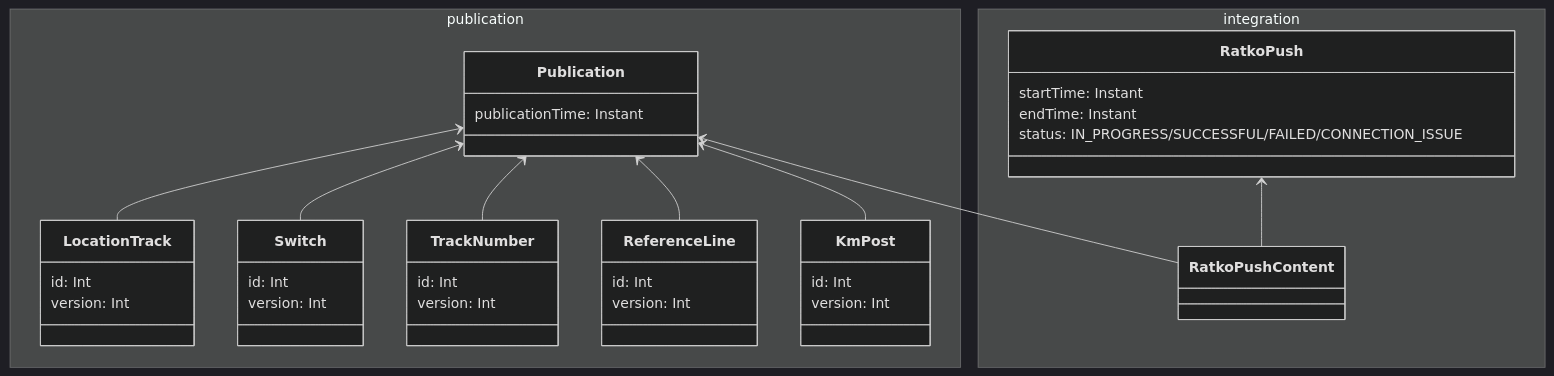
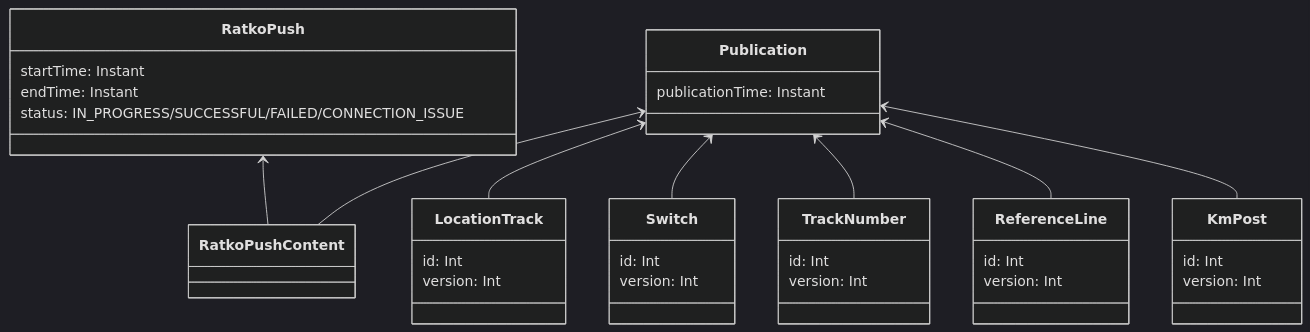
One commit to finnishtransportagency/geoviite changed the diagram in doc/julkaisut.md. Above: the diagram before and after it, drawn with Mermaid (dark theme).

Commit message:
GVT-2274 Disable namespaces in diagram as github does not yet support them

````diff
--- a/doc/julkaisut.md
+++ b/doc/julkaisut.md
@@ -18,43 +18,44 @@
 ```mermaid
 classDiagram
-    RatkoPush <-- RatkoPushContent
-    Publication <-- RatkoPushContent
-    Publication <-- LocationTrack
-    Publication <-- Switch
-    Publication <-- TrackNumber
-    Publication <-- ReferenceLine
-    Publication <-- KmPost
-    namespace publication {
+    %%namespaces make this diagram clearer, but they need mermaid 10.2.0 which github doesn't yet have (as of 01.02.2024)
+    %%namespace publication {
         class Publication {
             publicationTime: Instant
         }
         class LocationTrack {
             id: Int
             version: Int
         }
         class Switch {
             id: Int
             version: Int
         }
         class TrackNumber {
             id: Int
             version: Int
         }
         class ReferenceLine {
             id: Int
             version: Int
         }
         class KmPost {
             id: Int
             version: Int
         }
-    }
-    namespace integration {
+    %%}
+    %%namespace integration {
         class RatkoPush {
             startTime: Instant
             endTime: Instant
             status: IN_PROGRESS/SUCCESSFUL/FAILED/CONNECTION_ISSUE
         }
         class RatkoPushContent
-    }
+    %%}
+    RatkoPush <-- RatkoPushContent
+    Publication <-- RatkoPushContent
+    Publication <-- LocationTrack
+    Publication <-- Switch
+    Publication <-- TrackNumber
+    Publication <-- ReferenceLine
+    Publication <-- KmPost
 ```
````
